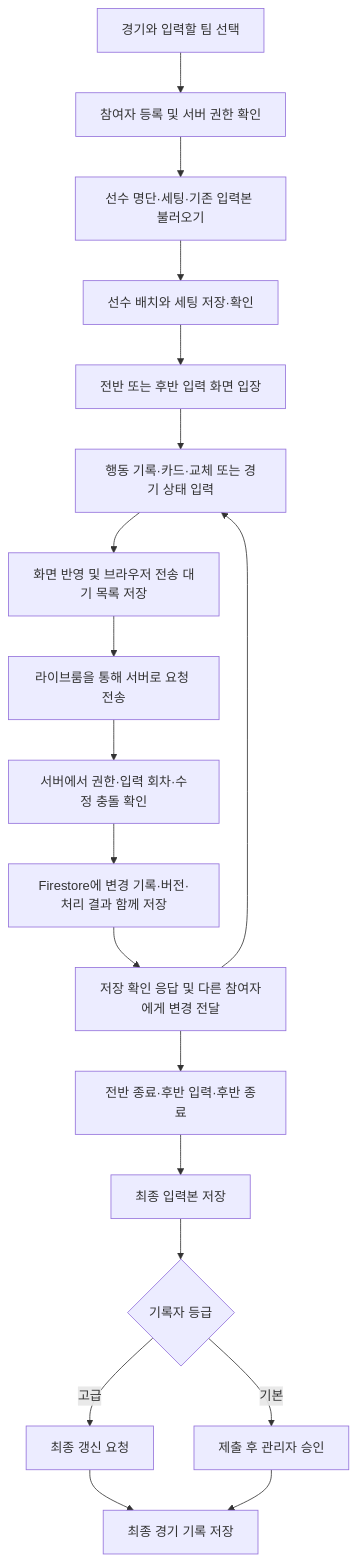
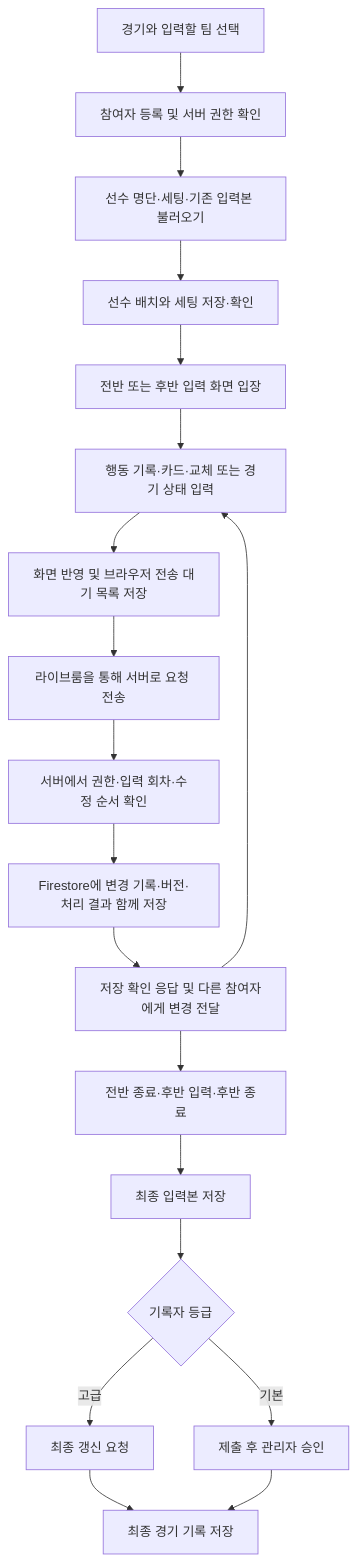
One commit to jpdindex/didNew changed the diagram in docs/07_match_input_process.md. Above: the diagram before and after it, drawn with Mermaid. The commit also changed other lines of this file and 14 other files, not shown here.

````diff
--- a/docs/07_match_input_process.md
+++ b/docs/07_match_input_process.md
@@ -24,21 +24,21 @@
 ```mermaid
 flowchart TD
     A[경기와 입력할 팀 선택] --> B[참여자 등록 및 서버 권한 확인]
     B --> C[선수 명단·세팅·기존 입력본 불러오기]
     C --> D[선수 배치와 세팅 저장·확인]
     D --> E[전반 또는 후반 입력 화면 입장]
     E --> F[행동 기록·카드·교체 또는 경기 상태 입력]
     F --> G[화면 반영 및 브라우저 전송 대기 목록 저장]
     G --> H[라이브룸을 통해 서버로 요청 전송]
-    H --> I[서버에서 권한·입력 회차·수정 충돌 확인]
+    H --> I[서버에서 권한·입력 회차·수정 순서 확인]
     I --> J[Firestore에 변경 기록·버전·처리 결과 함께 저장]
     J --> K[저장 확인 응답 및 다른 참여자에게 변경 전달]
     K --> F
     K --> L[전반 종료·후반 입력·후반 종료]
     L --> M[최종 입력본 저장]
     M --> N{기록자 등급}
     N -->|고급| O[최종 갱신 요청]
     N -->|기본| P[제출 후 관리자 승인]
     O --> Q[최종 경기 기록 저장]
     P --> Q
 ```
````
